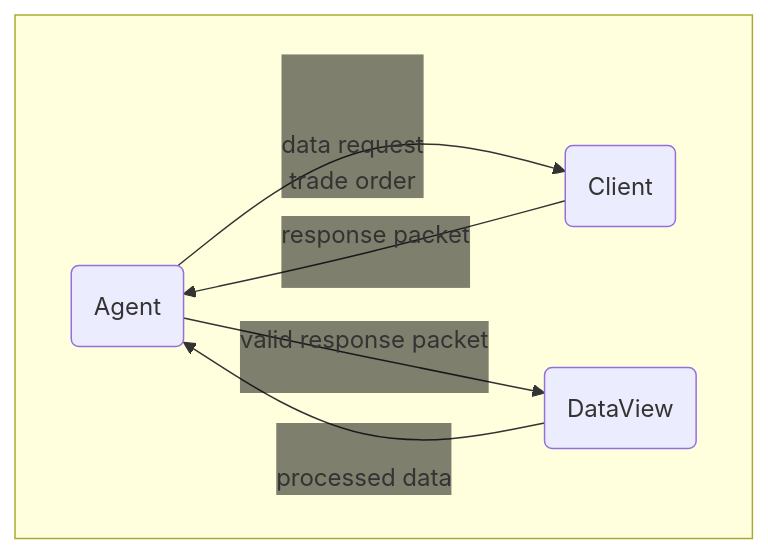
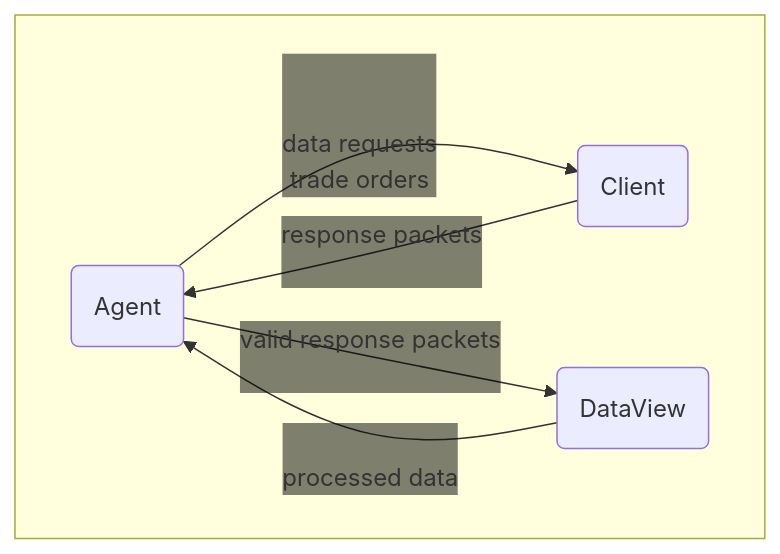
One commit to ryancardenas/marketresearch changed the fourth of 5 diagrams in README.md. Above: the diagram before and after it, drawn with Mermaid. The commit also changed other lines of this file, not shown here.

Commit message:
Pluralize labels in Use Cases graphs of README.md

````diff
--- a/README.md
+++ b/README.md
@@ -64,12 +64,12 @@
 ```mermaid
 %%{init: {'theme': 'default', 'themeVariables': { 'titleColor': '#0000FF', 'edgeLabelBackground': 'transparent'}}}%%
 graph LR
     subgraph AlgoTrading
     direction LR
-        AlgoTradingAgent(Agent) -- <br><br>data request<br>trade order --> AlgoTradingClient(Client)
-        AlgoTradingClient -- response packet<br><br> --> AlgoTradingAgent
-        AlgoTradingAgent -- valid response packet<br><br> --> AlgoTradingDataView(DataView)
+        AlgoTradingAgent(Agent) -- <br><br>data requests<br>trade orders --> AlgoTradingClient(Client)
+        AlgoTradingClient -- response packets<br><br> --> AlgoTradingAgent
+        AlgoTradingAgent -- valid response packets<br><br> --> AlgoTradingDataView(DataView)
         AlgoTradingDataView -- <br>processed data --> AlgoTradingAgent
     end
     style AlgoTrading color:#ffffde
 ```
````
